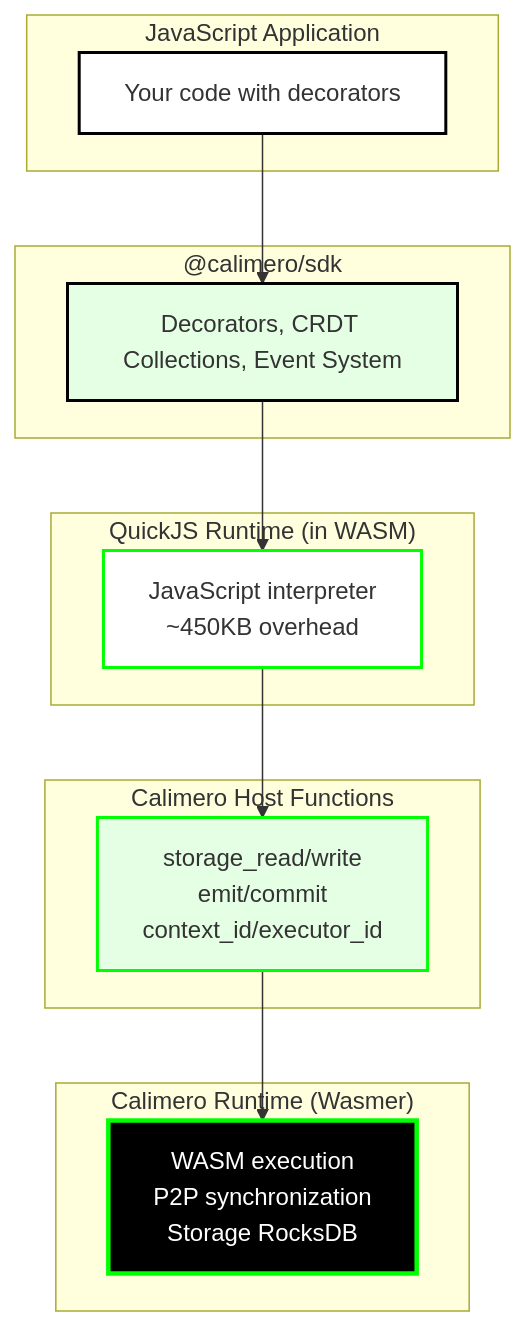
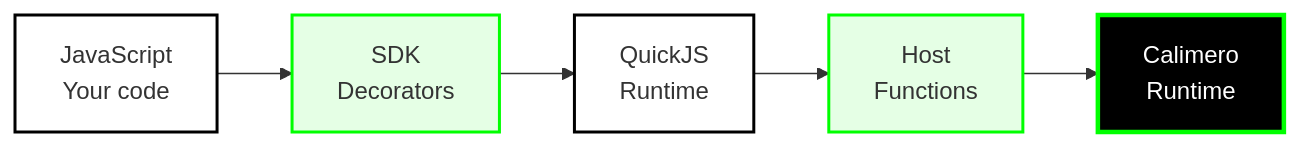
Before and after one commit to calimero-network/docs: the second of 2 diagrams in docs/builder-directory/js-sdk-guide.md, drawn with Mermaid. The commit also changed other lines of this file and 26 other files, not shown here.

First line of the commit message:
docs: Reorganize documentation structure and fix graphs

````diff
--- a/docs/builder-directory/js-sdk-guide.md
+++ b/docs/builder-directory/js-sdk-guide.md
@@ -60,33 +41,13 @@
 ```mermaid
-graph TB
-    subgraph "JavaScript Application"
-        JS[Your code with decorators]
-    end
-    
-    subgraph "@calimero/sdk"
-        SDK[Decorators, CRDT Collections, Event System]
-    end
-    
-    subgraph "QuickJS Runtime (in WASM)"
-        QJS[JavaScript interpreter<br/>~450KB overhead]
-    end
-    
-    subgraph "Calimero Host Functions"
-        HOST[storage_read/write<br/>emit/commit<br/>context_id/executor_id]
-    end
-    
-    subgraph "Calimero Runtime (Wasmer)"
-        RUNTIME[WASM execution<br/>P2P synchronization<br/>Storage RocksDB]
-    end
-    
-    JS --> SDK
-    SDK --> QJS
-    QJS --> HOST
-    HOST --> RUNTIME
+flowchart LR
+    JS[JavaScript<br/>Your code] --> SDK[SDK<br/>Decorators]
+    SDK --> QJS[QuickJS<br/>Runtime]
+    QJS --> HOST[Host<br/>Functions]
+    HOST --> RUNTIME[Calimero<br/>Runtime]
     
     style JS fill:#ffffff,stroke:#000000,stroke-width:2px
-    style SDK fill:#e5ffe5,stroke:#000000,stroke-width:2px
-    style QJS fill:#ffffff,stroke:#00ff00,stroke-width:2px
+    style SDK fill:#e5ffe5,stroke:#00ff00,stroke-width:2px
+    style QJS fill:#ffffff,stroke:#000000,stroke-width:2px
     style HOST fill:#e5ffe5,stroke:#00ff00,stroke-width:2px
     style RUNTIME fill:#000000,stroke:#00ff00,stroke-width:3px,color:#ffffff
 ```
````
